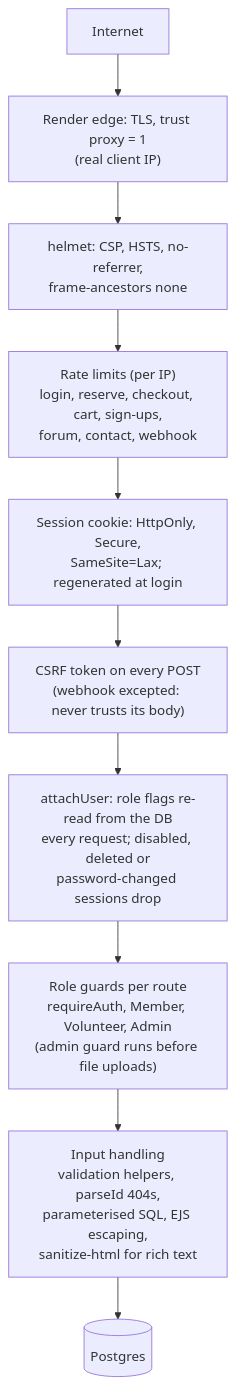
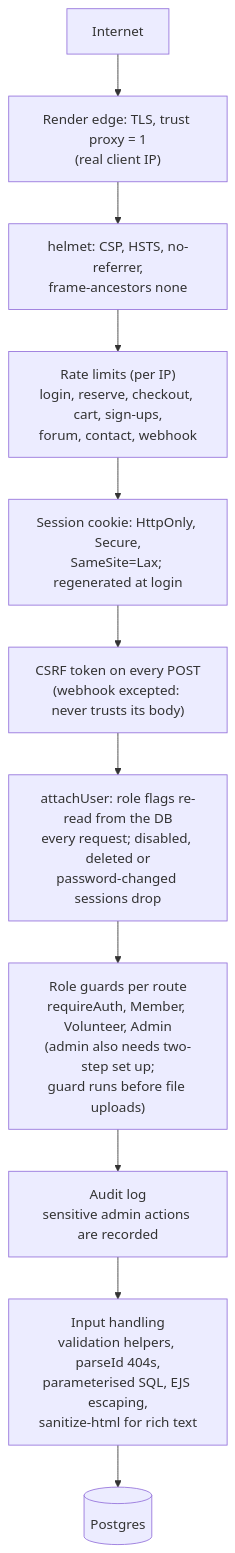
One commit to umasbooksadmin/umasbookswebsite changed diagram 12 of 12 in docs/architecture.md. Above: the diagram before and after it, drawn with Mermaid. The commit also changed other lines of this file, not shown here.

First line of the commit message:
Bring docs/architecture.md up to date

````diff
--- a/docs/architecture.md
+++ b/docs/architecture.md
@@ -515,12 +603,13 @@
 ```mermaid
 flowchart TD
   NET["Internet"] --> TLS["Render edge: TLS, trust proxy = 1<br/>(real client IP)"]
   TLS --> HL["helmet: CSP, HSTS, no-referrer,<br/>frame-ancestors none"]
   HL --> RL["Rate limits (per IP)<br/>login, reserve, checkout, cart, sign-ups,<br/>forum, contact, webhook"]
   RL --> SE["Session cookie: HttpOnly, Secure,<br/>SameSite=Lax; regenerated at login"]
   SE --> CF["CSRF token on every POST<br/>(webhook excepted: never trusts its body)"]
   CF --> AU["attachUser: role flags re-read from the DB<br/>every request; disabled, deleted or<br/>password-changed sessions drop"]
-  AU --> RG["Role guards per route<br/>requireAuth, Member, Volunteer, Admin<br/>(admin guard runs before file uploads)"]
-  RG --> VAL["Input handling<br/>validation helpers, parseId 404s,<br/>parameterised SQL, EJS escaping,<br/>sanitize-html for rich text"]
+  AU --> RG["Role guards per route<br/>requireAuth, Member, Volunteer, Admin<br/>(admin also needs two-step set up;<br/>guard runs before file uploads)"]
+  RG --> AUD["Audit log<br/>sensitive admin actions are recorded"]
+  AUD --> VAL["Input handling<br/>validation helpers, parseId 404s,<br/>parameterised SQL, EJS escaping,<br/>sanitize-html for rich text"]
   VAL --> DBX[("Postgres")]
 ```
````
